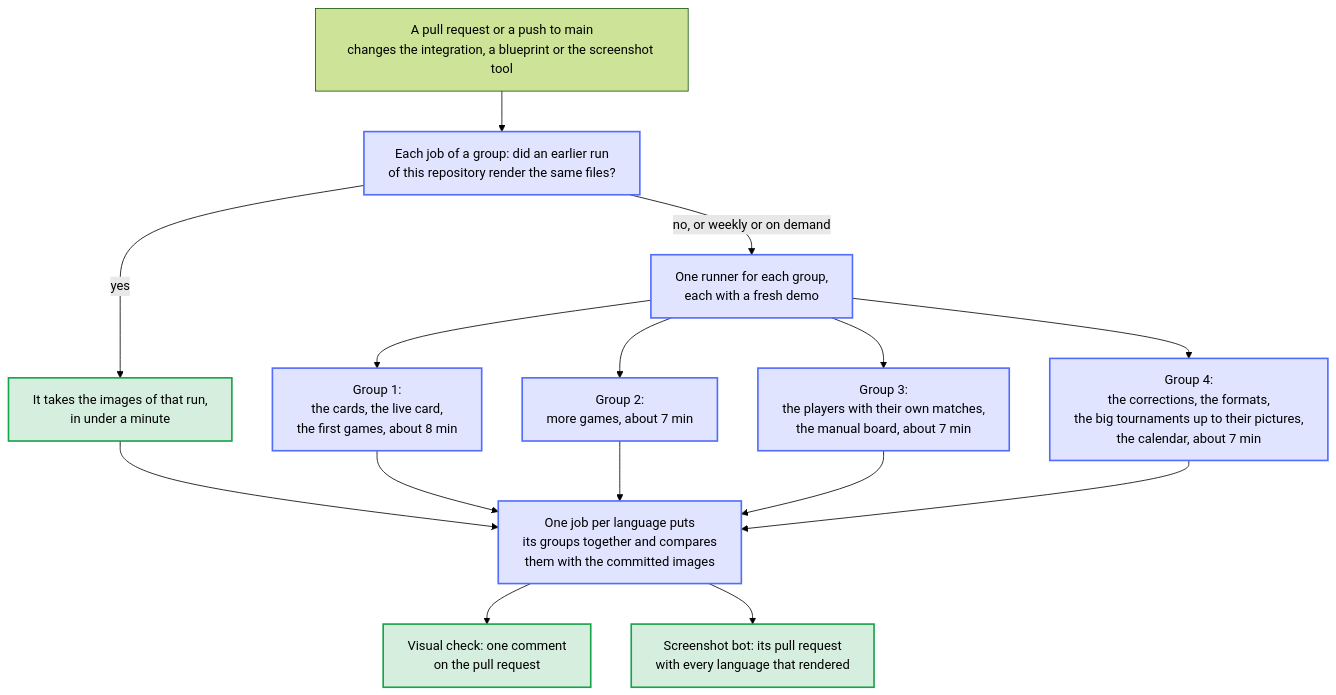
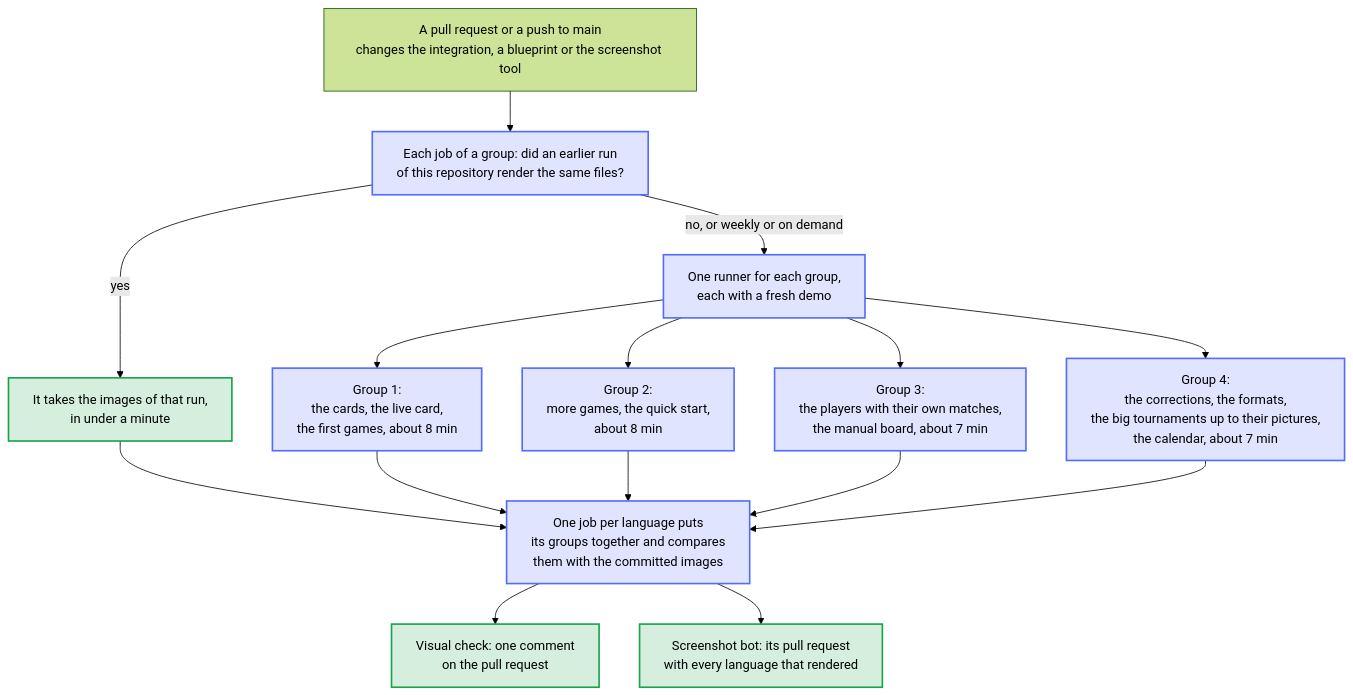
One commit to Dennis-Otto/homedarts-for-autodarts changed the diagram in docs/diagrams/screenshot-groups.en.mmd. Above: the diagram before and after it, drawn with Mermaid (forest theme). The commit also changed 27 other files, not shown here.

First line of the commit message:
docs: an animation of the quick start, from the discovered board to the scoreboard (#560)

```diff
--- a/docs/diagrams/screenshot-groups.en.mmd
+++ b/docs/diagrams/screenshot-groups.en.mmd
@@ -1,26 +1,26 @@
 ---
 config:
   flowchart:
     wrappingWidth: 400
 ---
 flowchart TB
   accTitle: How the visual check and the screenshot bot render the images in groups
-  accDescr: Each language renders in four groups at once, each group on a runner of its own. First each job of a group looks for an earlier run of the visual check or of the screenshot bot, on a branch of this repository, that rendered the same files; it takes the images of that run in under a minute. Otherwise it renders them from a fresh demo. The cards and the first games make group 1, more games group 2, the players with their own matches and the dartboard without Autodarts group 3, the corrections of a dart, the formats, the big tournaments and the calendar group 4. Then one job per language puts the images of its four groups together and compares them with the committed images. The visual check writes the comparison into one comment on the pull request; the screenshot bot updates its pull request with every language that rendered.
+  accDescr: Each language renders in four groups at once, each group on a runner of its own. First each job of a group looks for an earlier run of the visual check or of the screenshot bot, on a branch of this repository, that rendered the same files; it takes the images of that run in under a minute. Otherwise it renders them from a fresh demo. The cards and the first games make group 1, more games with the quick start group 2, the players with their own matches and the dartboard without Autodarts group 3, the corrections of a dart, the formats, the big tournaments and the calendar group 4. Then one job per language puts the images of its four groups together and compares them with the committed images. The visual check writes the comparison into one comment on the pull request; the screenshot bot updates its pull request with every language that rendered.
 
   START["A pull request or a push to main<br/>changes the integration, a blueprint or the screenshot tool"] --> KEY
   KEY["Each job of a group: did an earlier run<br/>of this repository render the same files?"]
   KEY -->|"yes"| TAKE["It takes the images of that run,<br/>in under a minute"]
   KEY -->|"no, or weekly or on demand"| RENDER["One runner for each group,<br/>each with a fresh demo"]
   RENDER --> G1 & G2 & G3 & G4
   G1["Group 1:<br/>the cards, the live card,<br/>the first games, about 8 min"]
-  G2["Group 2:<br/>more games, about 7 min"]
+  G2["Group 2:<br/>more games, the quick start,<br/>about 8 min"]
   G3["Group 3:<br/>the players with their own matches,<br/>the manual board, about 7 min"]
   G4["Group 4:<br/>the corrections, the formats,<br/>the big tournaments up to their pictures,<br/>the calendar, about 7 min"]
   TAKE & G1 & G2 & G3 & G4 --> COLLECT["One job per language puts<br/>its groups together and compares<br/>them with the committed images"]
   COLLECT --> COMMENT["Visual check: one comment<br/>on the pull request"]
   COLLECT --> BOT["Screenshot bot: its pull request<br/>with every language that rendered"]
 
   classDef bot fill:#526cfe2e,stroke:#526cfe,stroke-width:2px
   classDef done fill:#16a34a2e,stroke:#16a34a,stroke-width:2px
   class KEY,RENDER,G1,G2,G3,G4,COLLECT bot
   class TAKE,COMMENT,BOT done
```
